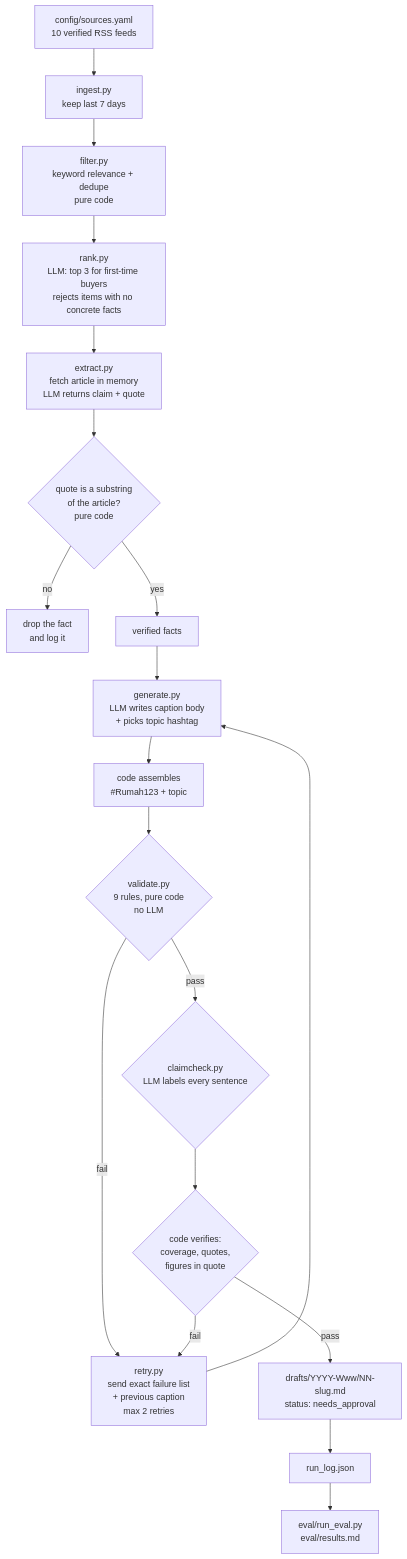
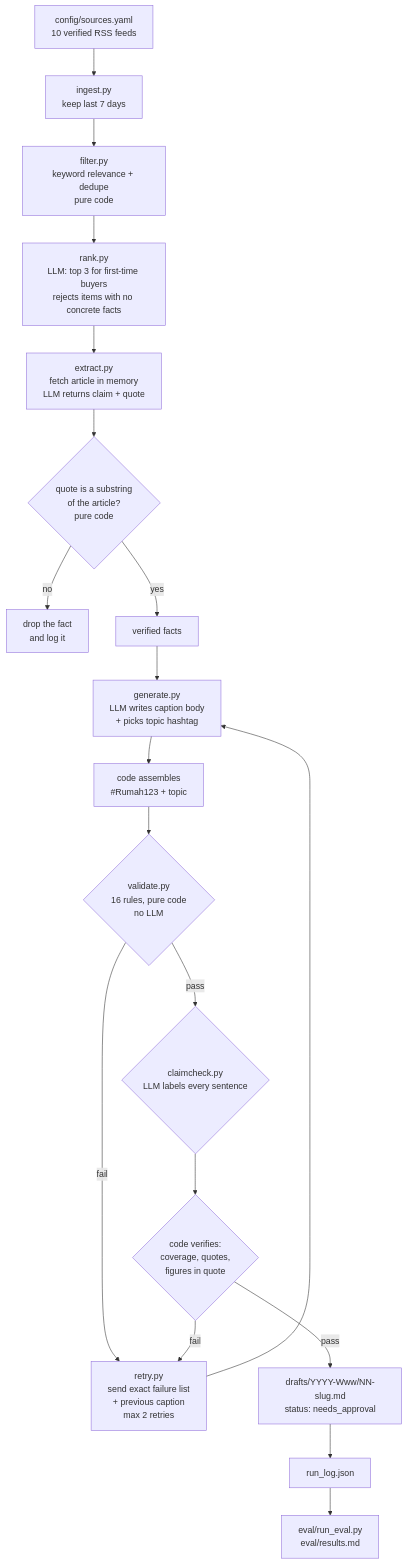
The diagram in README.md (lathifash03/rumah123-ig-weekly-generator), drawn with Mermaid before and after one commit. The commit also changed other lines of this file, not shown here.

Commit message:
Fix two stale counts in README
The architecture diagram said validate.py has 9 rules; it emits 16. The
how-to-run block said 322 tests; there are 325 since the run-log archiving
tests were added.

Swept the whole repo for counts that contradict the code. Everything else
checks out: docs/architecture.md already says 16 rules and 23 total, its
claim of 16 modules and about 2,400 lines matches (16 files, 2,368 lines),
four modules call the LLM and exactly four do, config/sources.yaml really
holds 29 rejected feed candidates and 10 enabled feeds, and the error table's
"12 code, 3 LLM, 2 human, 1 nobody" matches its own 18 rows.

Only README.md changed. The pipeline was not re-run.

````diff
--- a/README.md
+++ b/README.md
@@ -30,21 +30,21 @@
 ```mermaid
 flowchart TD
     A[config/sources.yaml<br/>10 verified RSS feeds] --> B[ingest.py<br/>keep last 7 days]
     B --> C[filter.py<br/>keyword relevance + dedupe<br/>pure code]
     C --> D[rank.py<br/>LLM: top 3 for first-time buyers<br/>rejects items with no concrete facts]
     D --> E[extract.py<br/>fetch article in memory<br/>LLM returns claim + quote]
     E --> F{quote is a substring<br/>of the article?<br/>pure code}
     F -->|no| G[drop the fact<br/>and log it]
     F -->|yes| H[verified facts]
     H --> I[generate.py<br/>LLM writes caption body<br/>+ picks topic hashtag]
     I --> J[code assembles<br/>#Rumah123 + topic]
-    J --> K{validate.py<br/>9 rules, pure code<br/>no LLM}
+    J --> K{validate.py<br/>16 rules, pure code<br/>no LLM}
     K -->|fail| R[retry.py<br/>send exact failure list<br/>+ previous caption<br/>max 2 retries]
     K -->|pass| L{claimcheck.py<br/>LLM labels every sentence}
     L --> M{code verifies:<br/>coverage, quotes,<br/>figures in quote}
     M -->|fail| R
     R --> I
     M -->|pass| N[drafts/YYYY-Www/NN-slug.md<br/>status: needs_approval]
     N --> O[run_log.json]
     O --> P[eval/run_eval.py<br/>eval/results.md]
 ```
````
